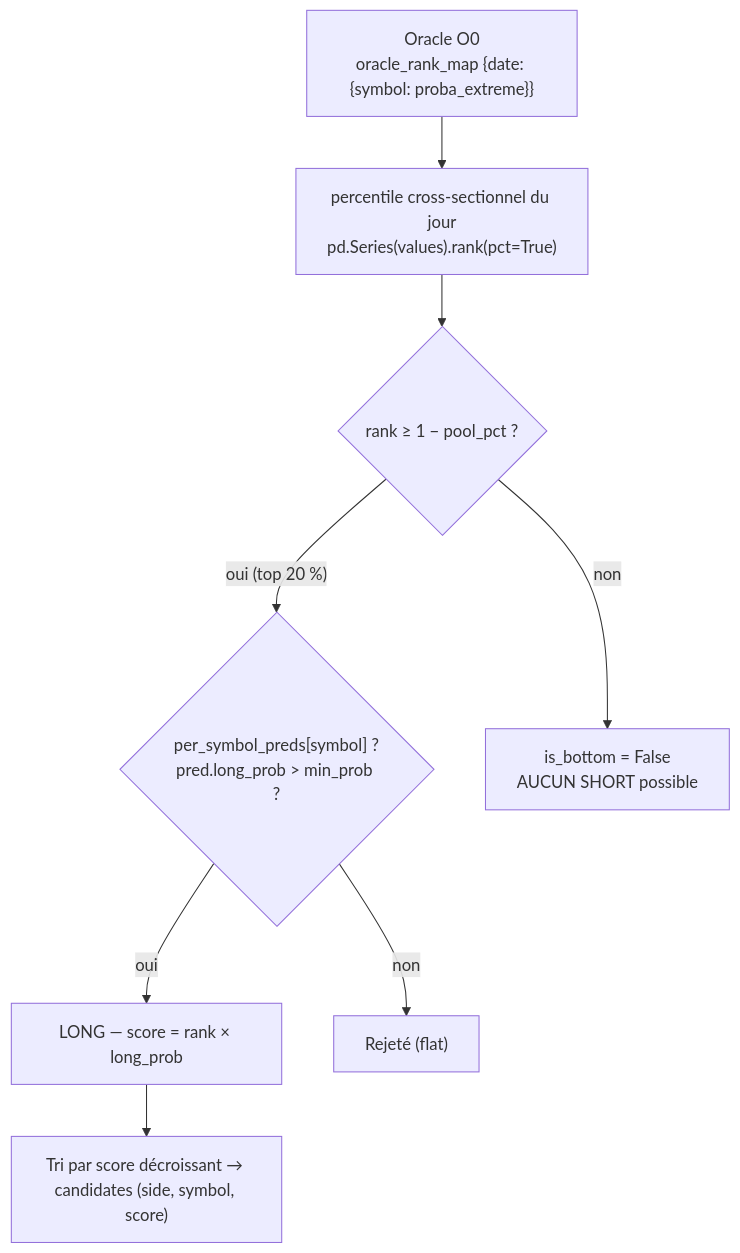
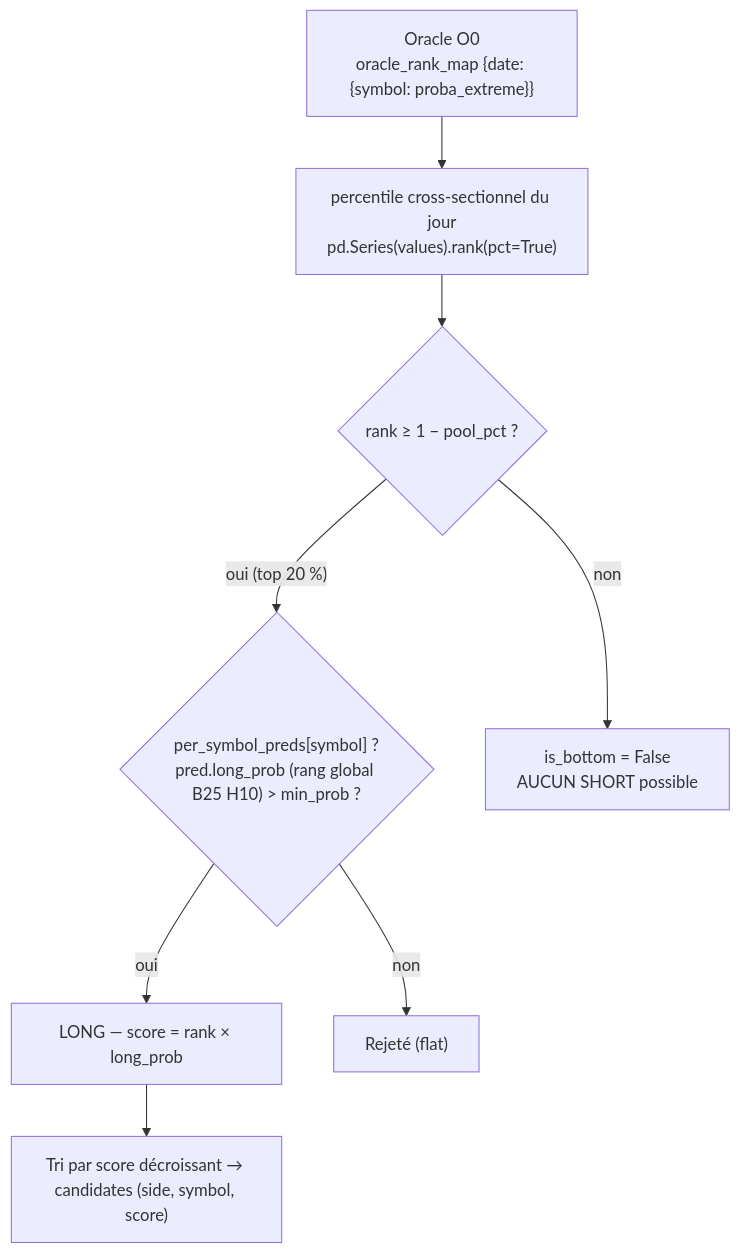
One commit to mli2000fr/alpha_trade changed the first of 2 diagrams in doc/oracle_extreme.md. Above: the diagram before and after it, drawn with Mermaid.

Commit message:
oracle s6

````diff
--- a/doc/oracle_extreme.md
+++ b/doc/oracle_extreme.md
@@ -108,10 +108,10 @@
 ```mermaid
 flowchart TD
     A["Oracle O0<br/>oracle_rank_map {date: {symbol: proba_extreme}}"] --> B["percentile cross-sectionnel du jour<br/>pd.Series(values).rank(pct=True)"]
     B --> C{"rank ≥ 1 − pool_pct ?"}
-    C -- oui (top 20 %) --> D{"per_symbol_preds[symbol] ?<br/>pred.long_prob > min_prob ?"}
+    C -- oui (top 20 %) --> D{"per_symbol_preds[symbol] ?<br/>pred.long_prob (rang global B25 H10) > min_prob ?"}
     C -- non --> X["is_bottom = False<br/>AUCUN SHORT possible"]
     D -- oui --> E["LONG — score = rank × long_prob"]
     D -- non --> X2["Rejeté (flat)"]
     E --> F["Tri par score décroissant → candidates (side, symbol, score)"]
 ```
````
